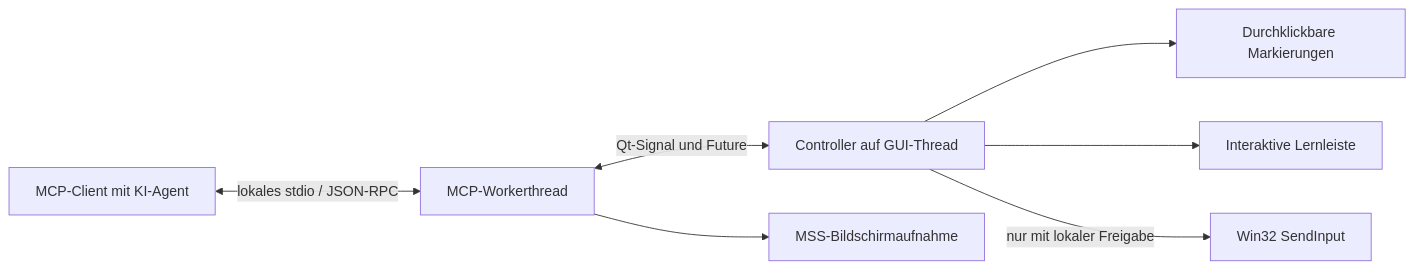
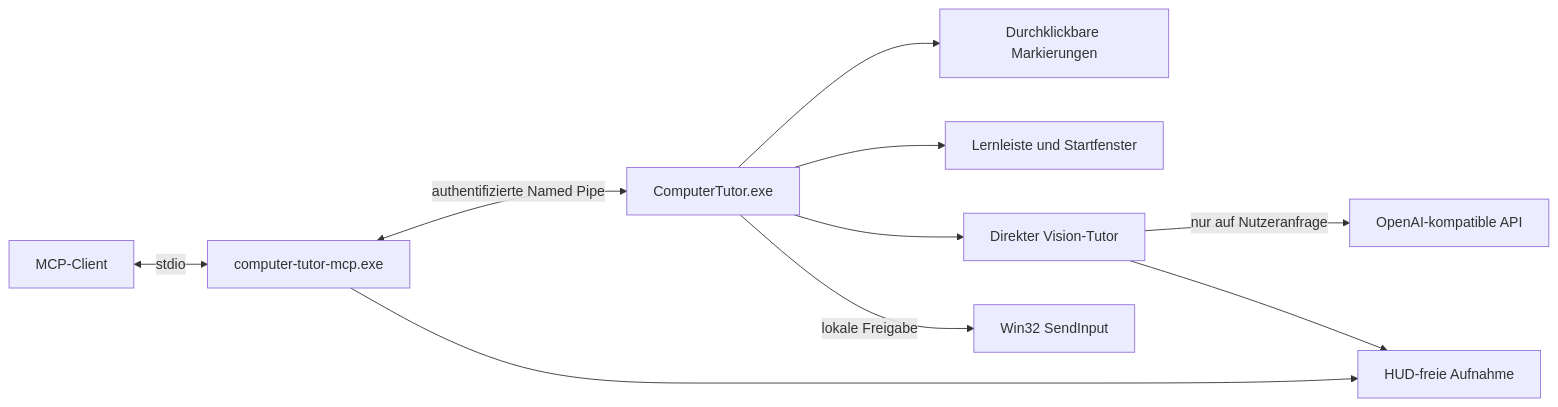
One commit to interfurz/computer-tutor changed the diagram in docs/architecture.md. Above: the diagram before and after it, drawn with Mermaid. The commit also changed other lines of this file and 31 other files, not shown here.

Commit message:
Ship standalone Windows tutor with vision lessons, shared MCP app and installer

````diff
--- a/docs/architecture.md
+++ b/docs/architecture.md
@@ -3,9 +3,12 @@
 ```mermaid
 flowchart LR
-    A[MCP-Client mit KI-Agent] <-->|lokales stdio / JSON-RPC| B[MCP-Workerthread]
-    B <-->|Qt-Signal und Future| C[Controller auf GUI-Thread]
+    A[MCP-Client] <-->|stdio| B[computer-tutor-mcp.exe]
+    B <-->|authentifizierte Named Pipe| C[ComputerTutor.exe]
     C --> D[Durchklickbare Markierungen]
-    C --> E[Interaktive Lernleiste]
-    B --> F[MSS-Bildschirmaufnahme]
-    C -->|nur mit lokaler Freigabe| G[Win32 SendInput]
+    C --> E[Lernleiste und Startfenster]
+    C --> F[Direkter Vision-Tutor]
+    F -->|nur auf Nutzeranfrage| G[OpenAI-kompatible API]
+    B --> H[HUD-freie Aufnahme]
+    F --> H
+    C -->|lokale Freigabe| I[Win32 SendInput]
 ```
````
